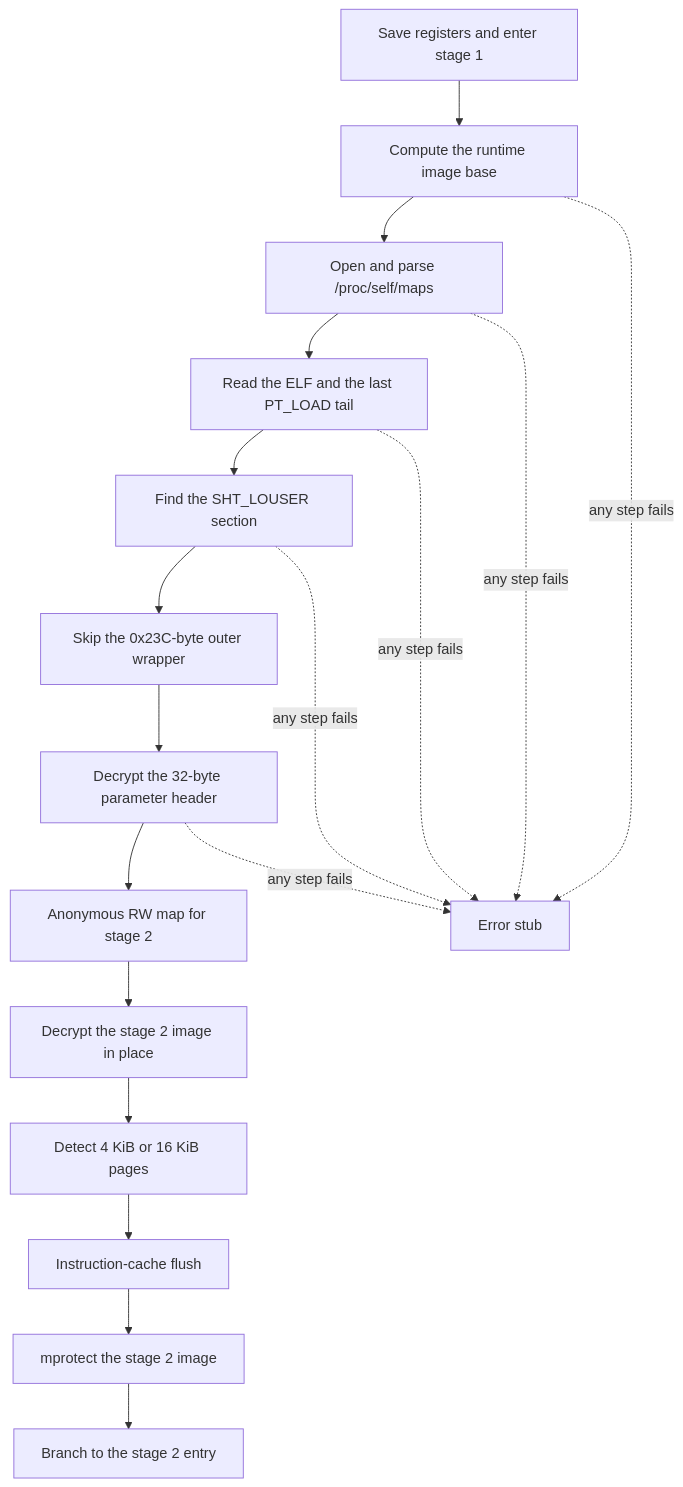
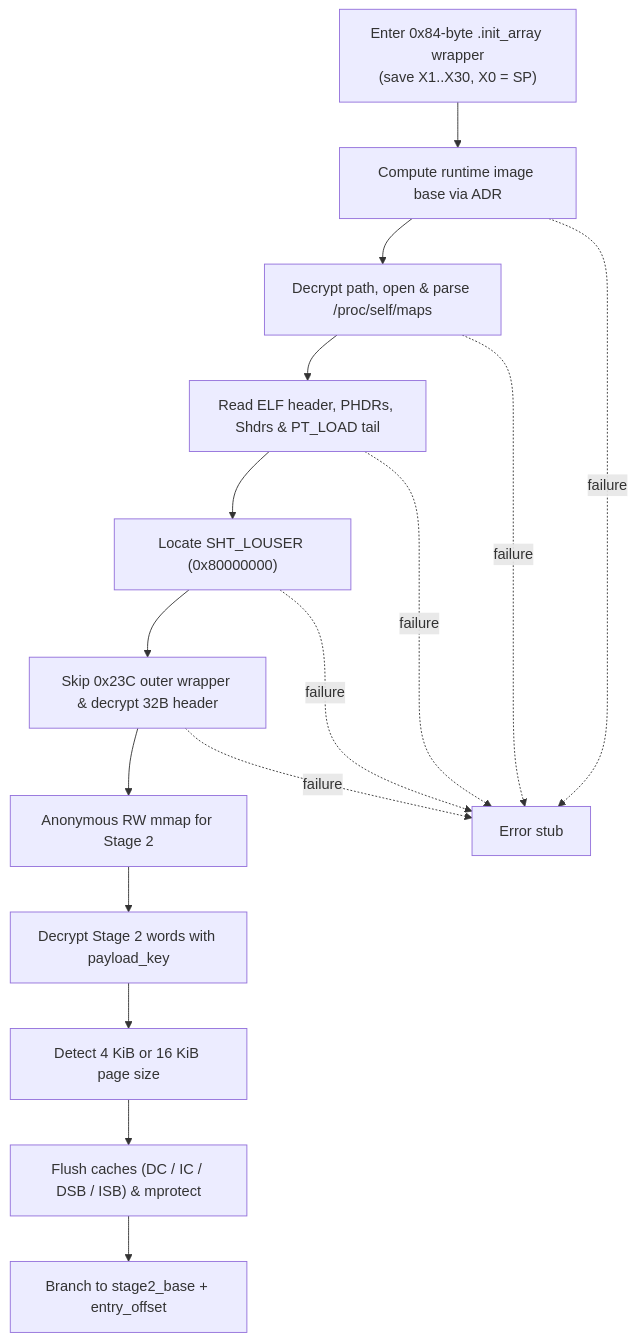
One commit to Momoko-Ayase/crackproof-research changed the diagram in internals/android-so/en/runtime/stage1-bootstrap.md. Above: the diagram before and after it, drawn with Mermaid. The commit also changed other lines of this file and 446 other files, not shown here.

````diff
--- a/internals/android-so/en/runtime/stage1-bootstrap.md
+++ b/internals/android-so/en/runtime/stage1-bootstrap.md
@@ -9,20 +10,18 @@
 ```mermaid
 flowchart TD
-    A["Save registers and enter stage 1"] --> B["Compute the runtime image base"]
-    B --> C["Open and parse /proc/self/maps"]
-    C --> D["Read the ELF and the last PT_LOAD tail"]
-    D --> E["Find the SHT_LOUSER section"]
-    E --> F["Skip the 0x23C-byte outer wrapper"]
-    F --> G["Decrypt the 32-byte parameter header"]
-    G --> H["Anonymous RW map for stage 2"]
-    H --> I["Decrypt the stage 2 image in place"]
-    I --> J["Detect 4 KiB or 16 KiB pages"]
-    J --> K["Instruction-cache flush"]
-    K --> L["mprotect the stage 2 image"]
-    L --> M["Branch to the stage 2 entry"]
-    B -. any step fails .-> X["Error stub"]
-    C -. any step fails .-> X
-    D -. any step fails .-> X
-    E -. any step fails .-> X
-    G -. any step fails .-> X
+    A["Enter 0x84-byte .init_array wrapper\n(save X1..X30, X0 = SP)"] --> B["Compute runtime image base via ADR"]
+    B --> C["Decrypt path, open & parse /proc/self/maps"]
+    C --> D["Read ELF header, PHDRs, Shdrs & PT_LOAD tail"]
+    D --> E["Locate SHT_LOUSER (0x80000000)"]
+    E --> F["Skip 0x23C outer wrapper & decrypt 32B header"]
+    F --> G["Anonymous RW mmap for Stage 2"]
+    G --> H["Decrypt Stage 2 words with payload_key"]
+    H --> I["Detect 4 KiB or 16 KiB page size"]
+    I --> J["Flush caches (DC / IC / DSB / ISB) & mprotect"]
+    J --> K["Branch to stage2_base + entry_offset"]
+    B -. failure .-> X["Error stub"]
+    C -. failure .-> X
+    D -. failure .-> X
+    E -. failure .-> X
+    F -. failure .-> X
 ```
````
